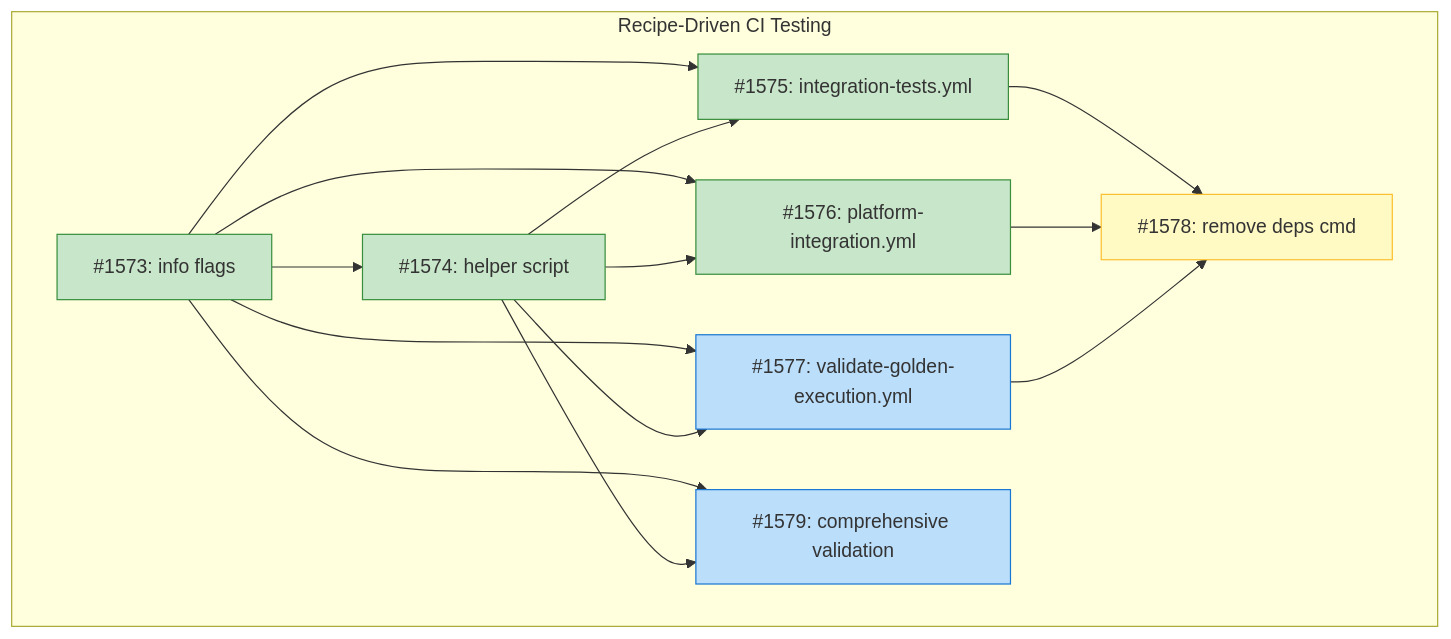
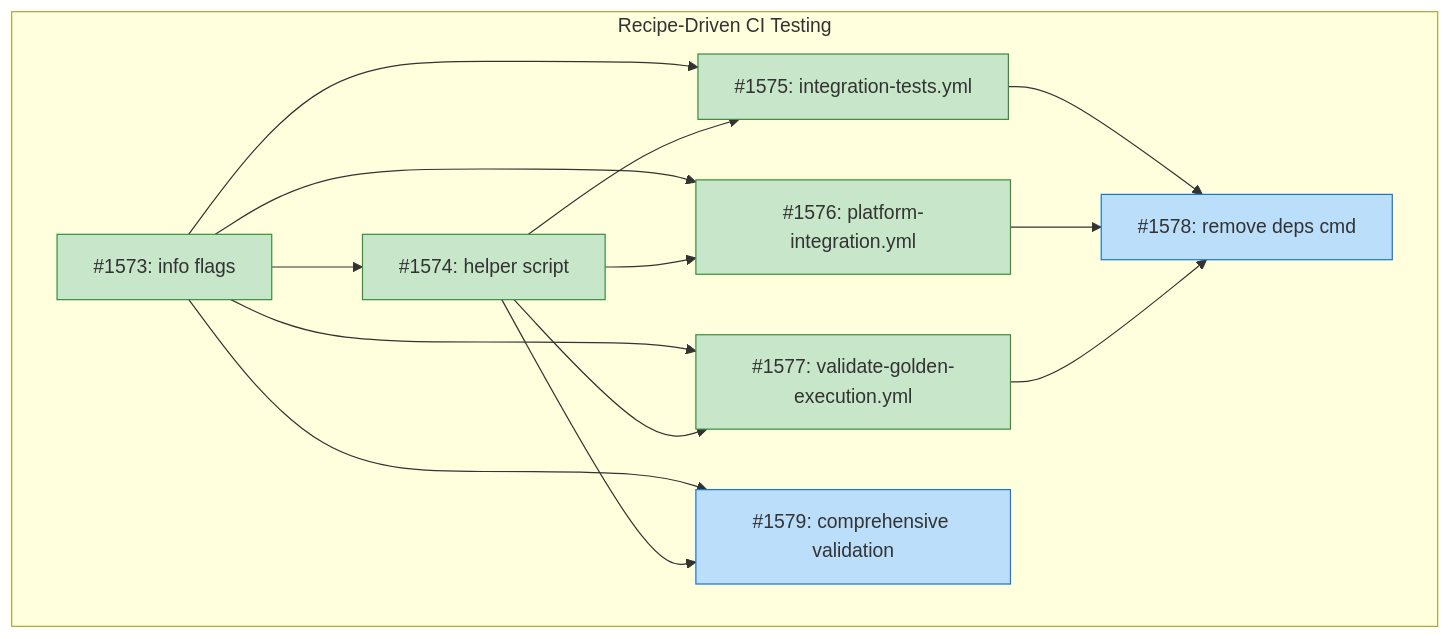
Before and after one commit to tsukumogami/tsuku: the diagram in docs/designs/DESIGN-recipe-driven-ci-testing.md, drawn with Mermaid. The commit also changed other lines of this file, not shown here.

Commit message:
docs(design): mark issue #1577 complete

````diff
--- a/docs/designs/DESIGN-recipe-driven-ci-testing.md
+++ b/docs/designs/DESIGN-recipe-driven-ci-testing.md
@@ -54,38 +54,38 @@
 ```mermaid
 graph TD
     subgraph Recipe-Driven CI Testing
         I1573[#1573: info flags]
         I1574[#1574: helper script]
         I1575[#1575: integration-tests.yml]
         I1576[#1576: platform-integration.yml]
         I1577[#1577: validate-golden-execution.yml]
         I1578[#1578: remove deps cmd]
         I1579[#1579: comprehensive validation]
     end
 
     I1573 --> I1574
     I1573 --> I1575
     I1573 --> I1576
     I1573 --> I1577
     I1573 --> I1579
     I1574 --> I1575
     I1574 --> I1576
     I1574 --> I1577
     I1574 --> I1579
     I1575 --> I1578
     I1576 --> I1578
     I1577 --> I1578
 
     classDef done fill:#c8e6c9,stroke:#388e3c
     classDef ready fill:#bbdefb,stroke:#1976d2
     classDef blocked fill:#fff9c4,stroke:#fbc02d
     classDef needsDesign fill:#e1bee7,stroke:#7b1fa2
 
     class I1573 done
     class I1574 done
     class I1575 done
     class I1576 done
-    class I1577 ready
-    class I1578 blocked
+    class I1577 done
+    class I1578 ready
     class I1579 ready
 ```
````
